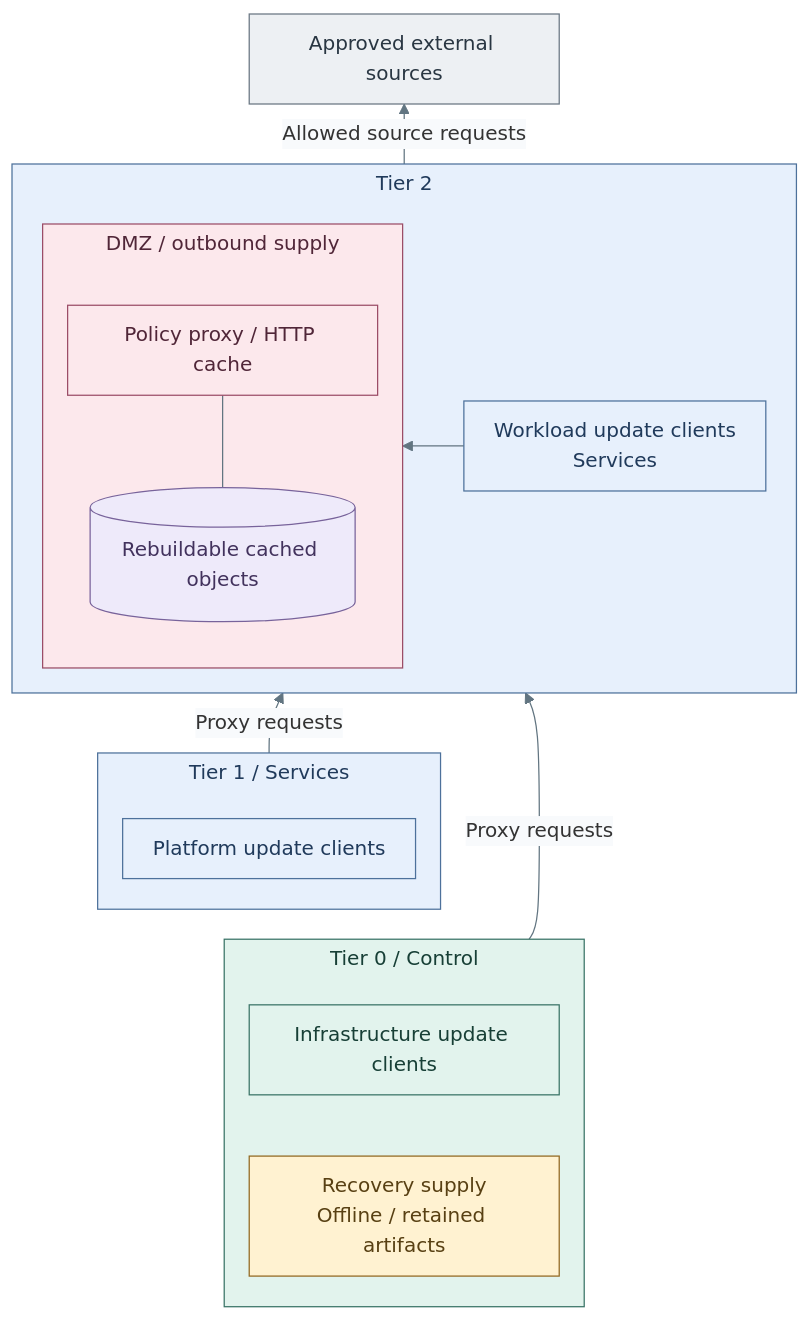
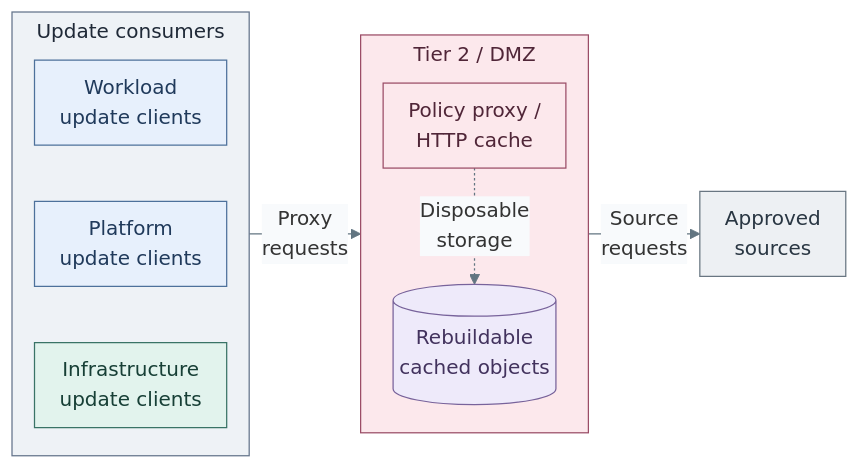
The first of 2 diagrams in docs/01-architecture/07-software-intake/README.md (Rexus/homelab), drawn with Mermaid before and after one commit. The commit also changed other lines of this file and 279 other files, not shown here.

````diff
--- a/docs/01-architecture/07-software-intake/README.md
+++ b/docs/01-architecture/07-software-intake/README.md
@@ -24,42 +10,33 @@
 ```mermaid
-%%{init: {"theme":"base","flowchart":{"nodeSpacing":20,"rankSpacing":24,"padding":12,"subGraphTitleMargin":{"top":4,"bottom":24}},"themeVariables":{"lineColor":"#627581","edgeLabelBackground":"#f8fafc"}}}%%
-flowchart BT
-  subgraph T2["Tier 2"]
-    direction RL
-    subgraph DMZ["DMZ / outbound supply"]
-      direction TB
-      Proxy["Policy proxy / HTTP cache"]
-      Cache[("Rebuildable cached objects")]
-      Proxy --- Cache
-    end
-    Workloads["Workload update clients<br/>Services"]
-    Workloads --> Proxy
+%%{init: {"theme":"base","flowchart":{"nodeSpacing":16,"rankSpacing":20,"padding":10,"subGraphTitleMargin":{"top":4,"bottom":12}},"themeVariables":{"lineColor":"#627581","edgeLabelBackground":"#f8fafc"}}}%%
+flowchart LR
+  subgraph Consumers["Update consumers"]
+    direction TB
+    Workloads["Workload<br/>update clients"]
+    Platform["Platform<br/>update clients"]
+    Control["Infrastructure<br/>update clients"]
+    Workloads ~~~ Platform ~~~ Control
   end
-  subgraph T1["Tier 1 / Services"]
-    Platform["Platform update clients"]
+  subgraph T2["Tier 2 / DMZ"]
+    direction TB
+    Proxy["Policy proxy /<br/>HTTP cache"]
+    Cache[("Rebuildable<br/>cached objects")]
+    Proxy -. Disposable<br/>storage .-> Cache
   end
-  subgraph T0["Tier 0 / Control"]
-    direction TB
-    Control["Infrastructure update clients"]
-    Recovery["Recovery supply<br/>Offline / retained artifacts"]
-    Control ~~~ Recovery
-  end
-  Sources["Approved external sources"]
-  T0 ~~~ T1
-  T1 -->|Proxy requests| T2
-  T0 -->|Proxy requests| T2
-  T2 -->|Allowed source requests| Sources
+  Sources["Approved<br/>sources"]
+  Consumers -->|Proxy<br/>requests| T2
+  T2 -->|Source<br/>requests| Sources
   classDef default fill:#f8fafc,stroke:#64748b,color:#1f2937
+  classDef boundary fill:#eef2f6,stroke:#64748b,color:#1f2937
+  classDef edge fill:#fce8ec,stroke:#9b4d67,color:#502638
   classDef services fill:#e7f0fc,stroke:#4d719b,color:#203a5b
-  classDef edge fill:#fce8ec,stroke:#9b4d67,color:#502638
   classDef control fill:#e2f3ed,stroke:#397366,color:#173f36
-  classDef custody fill:#fff2d1,stroke:#926820,color:#584013
   classDef data fill:#eeeafa,stroke:#78639b,color:#42325d
   classDef actor fill:#edf0f3,stroke:#697682,color:#293642
-  class T2,T1,Workloads,Platform services
-  class DMZ,Proxy edge
-  class T0,Control control
-  class Recovery custody
+  class Consumers boundary
+  class Workloads,Platform services
+  class T2,Proxy edge
+  class Control control
   class Cache data
   class Sources actor
 ```
````
